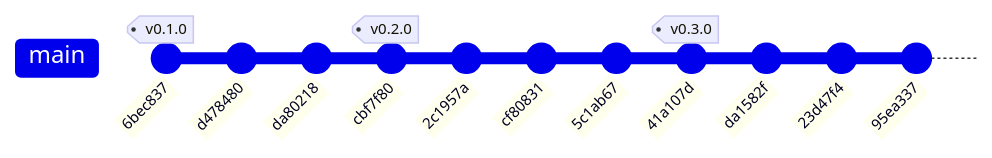
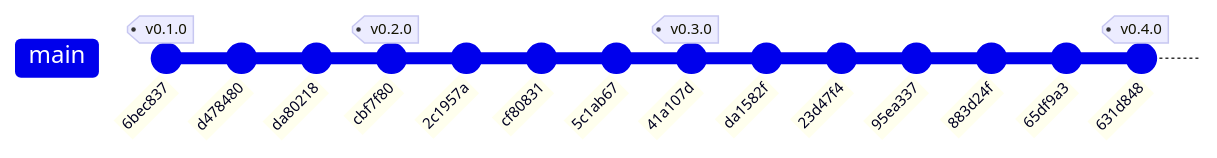
One commit to jeremialcala/bcv-fx-ingestor changed the diagram in docs/03-implementation/repo-history.md. Above: the diagram before and after it, drawn with Mermaid. The commit also changed other lines of this file, not shown here.

Commit message:
docs: regenerar historial vivo tras el tag v0.4.0

````diff
--- a/docs/03-implementation/repo-history.md
+++ b/docs/03-implementation/repo-history.md
@@ -19,14 +19,17 @@
 ```mermaid
 gitGraph
     commit id: "6bec837" tag: "v0.1.0"
     commit id: "d478480"
     commit id: "da80218"
     commit id: "cbf7f80" tag: "v0.2.0"
     commit id: "2c1957a"
     commit id: "cf80831"
     commit id: "5c1ab67"
     commit id: "41a107d" tag: "v0.3.0"
     commit id: "da1582f"
     commit id: "23d47f4"
     commit id: "95ea337"
+    commit id: "883d24f"
+    commit id: "65df9a3"
+    commit id: "631d848" tag: "v0.4.0"
 ```
````
